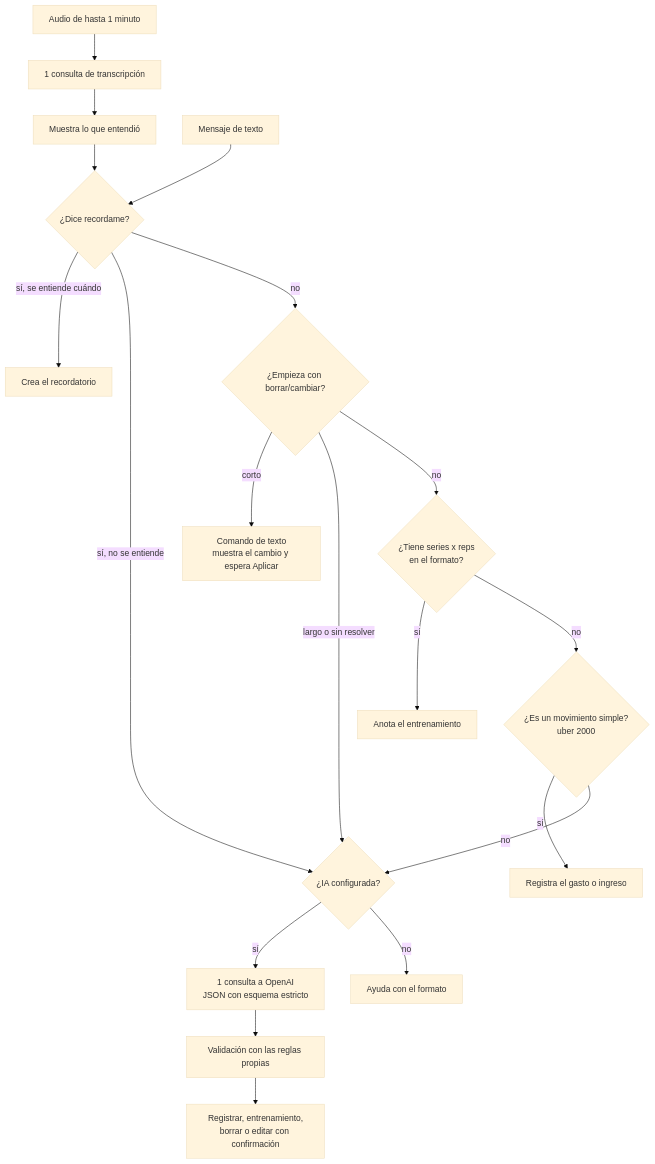
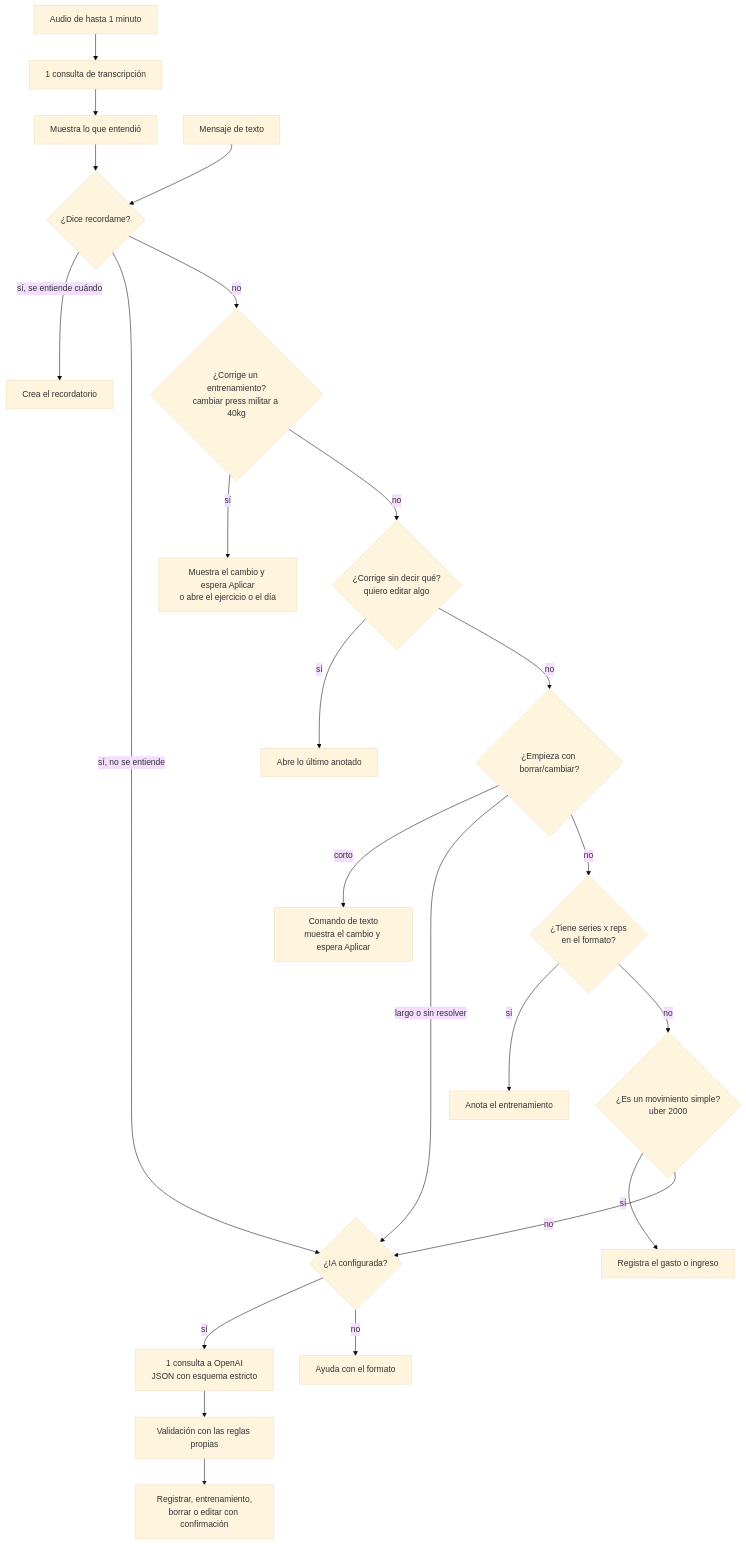
The second of 4 diagrams in docs/ARCHITECTURE.md (leocaimmi/Bot-Assistant-), drawn with Mermaid (base theme) before and after one commit. The commit also changed other lines of this file and 2 other files, not shown here.

Commit message:
docs: describe workout fixes and edits of the latest thing logged

````diff
--- a/docs/ARCHITECTURE.md
+++ b/docs/ARCHITECTURE.md
@@ -97,21 +101,25 @@
 ```mermaid
 flowchart TD
     VZ[Audio de hasta 1 minuto] --> T[1 consulta de transcripción]
     T --> SH[Muestra lo que entendió]
     SH --> RM
     M[Mensaje de texto] --> RM{"¿Dice recordame?"}
     RM -->|sí, se entiende cuándo| REM[Crea el recordatorio]
     RM -->|sí, no se entiende| AI
-    RM -->|no| C{"¿Empieza con borrar/cambiar?"}
+    RM -->|no| WE{"¿Corrige un entrenamiento?<br/>cambiar press militar a 40kg"}
+    WE -->|sí| WX[Muestra el cambio y espera Aplicar<br/>o abre el ejercicio o el día]
+    WE -->|no| VE{"¿Corrige sin decir qué?<br/>quiero editar algo"}
+    VE -->|sí| LT[Abre lo último anotado]
+    VE -->|no| C{"¿Empieza con borrar/cambiar?"}
     C -->|corto| TC[Comando de texto<br/>muestra el cambio y espera Aplicar]
     C -->|largo o sin resolver| AI
     C -->|no| W{"¿Tiene series x reps<br/>en el formato?"}
     W -->|sí| G[Anota el entrenamiento]
     W -->|no| S{"¿Es un movimiento simple?<br/>uber 2000"}
     S -->|sí| F[Registra el gasto o ingreso]
     S -->|no| AI{"¿IA configurada?"}
     AI -->|sí| O[1 consulta a OpenAI<br/>JSON con esquema estricto]
     O --> V[Validación con las reglas propias]
     V --> ACT[Registrar, entrenamiento,<br/>borrar o editar con confirmación]
     AI -->|no| H[Ayuda con el formato]
 ```
````
